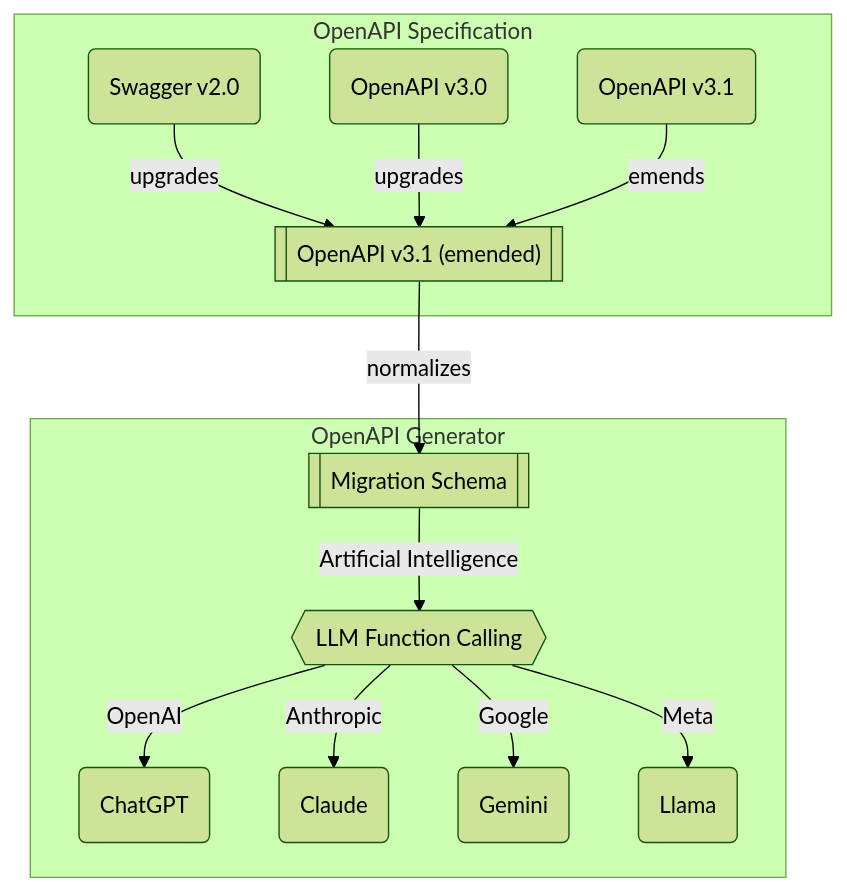
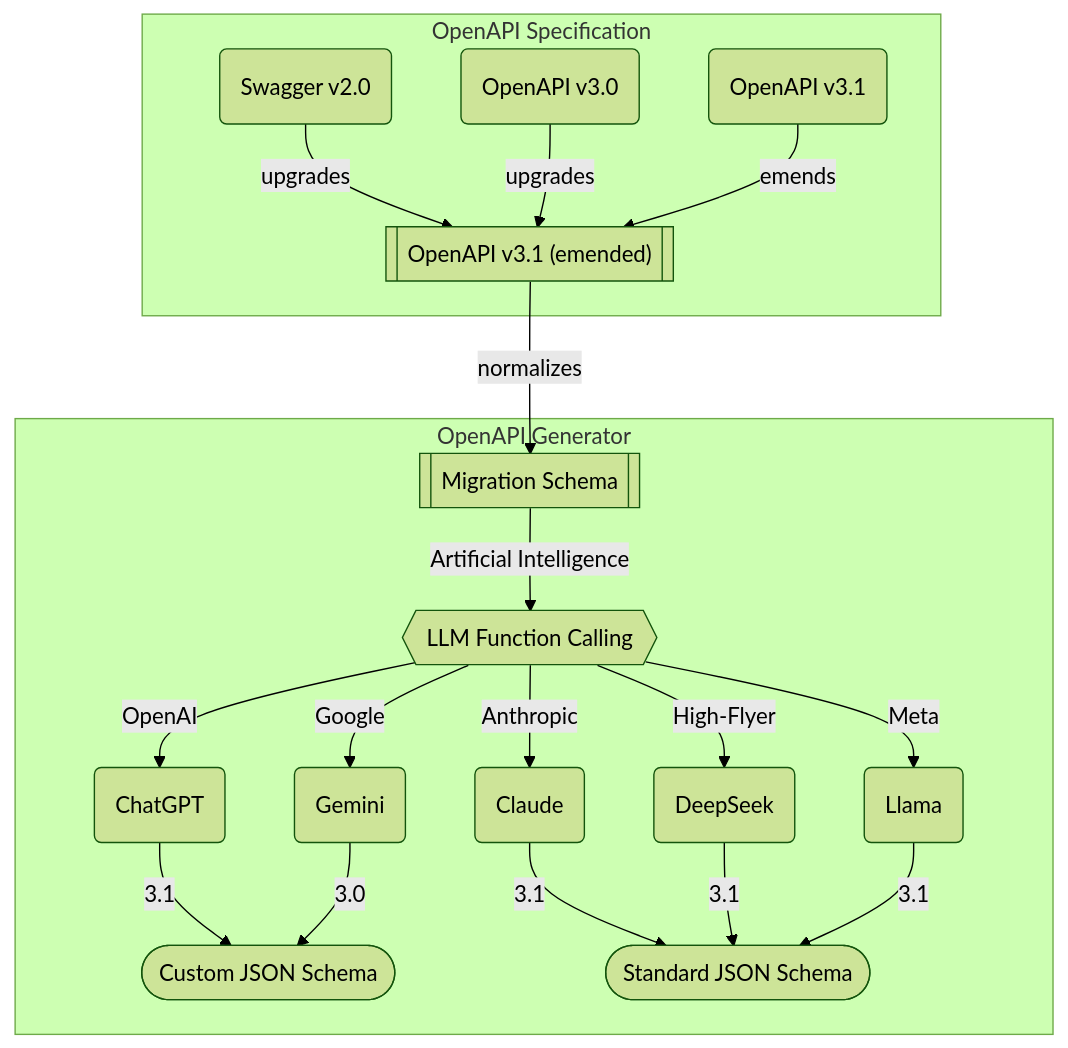
Before and after one commit to samchon/openapi: the first of 3 diagrams in README.md, drawn with Mermaid (forest theme). The commit also changed other lines of this file and 42 other files, not shown here.

First line of the commit message:
Add `IDeepSeekSchema`. (#174)

````diff
--- a/README.md
+++ b/README.md
@@ -2,16 +2,22 @@
 ```mermaid
 flowchart
   subgraph "OpenAPI Specification"
     v20("Swagger v2.0") --upgrades--> emended[["OpenAPI v3.1 (emended)"]]
     v30("OpenAPI v3.0") --upgrades--> emended
     v31("OpenAPI v3.1") --emends--> emended
   end
   subgraph "OpenAPI Generator"
     emended --normalizes--> migration[["Migration Schema"]]
     migration --"Artificial Intelligence"--> lfc{{"LLM Function Calling"}}
     lfc --"OpenAI"--> chatgpt("ChatGPT")
+    lfc --"Google"--> gemini("Gemini")
     lfc --"Anthropic"--> claude("Claude")
-    lfc --"Google"--> gemini("Gemini")
+    lfc --"High-Flyer"--> deepseek("DeepSeek")
     lfc --"Meta"--> llama("Llama")
+    chatgpt --"3.1"--> custom(["Custom JSON Schema"])
+    gemini --"3.0"--> custom(["Custom JSON Schema"])
+    claude --"3.1"--> standard(["Standard JSON Schema"])
+    deepseek --"3.1"--> standard
+    llama --"3.1"--> standard
   end
 ```
````
